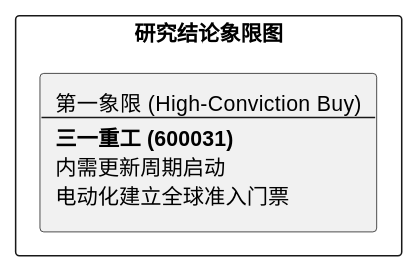
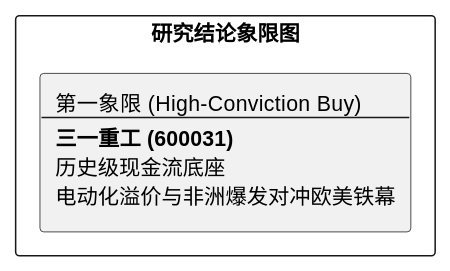
One commit to hrzzzrh/QuantPyLab changed the diagram in investigation/equities/三一重工/reports/研报章节七：投资摘要与风险因素.md. Above: the diagram before and after it, drawn with PlantUML. The commit also changed other lines of this file and 159 other files, not shown here.

````diff
--- a/investigation/equities/三一重工/reports/研报章节七：投资摘要与风险因素.md
+++ b/investigation/equities/三一重工/reports/研报章节七：投资摘要与风险因素.md
@@ -24,7 +24,7 @@
 ```plantuml
 @startuml
 rectangle "研究结论象限图" {
-    rectangle "第一象限 (High-Conviction Buy)\n--\n**三一重工 (600031)**\n内需更新周期启动\n电动化建立全球准入门票" as Q1
+    rectangle "第一象限 (High-Conviction Buy)\n--\n**三一重工 (600031)**\n历史级现金流底座\n电动化溢价与非洲爆发对冲欧美铁幕" as Q1
 }
 @enduml
 ```
````
